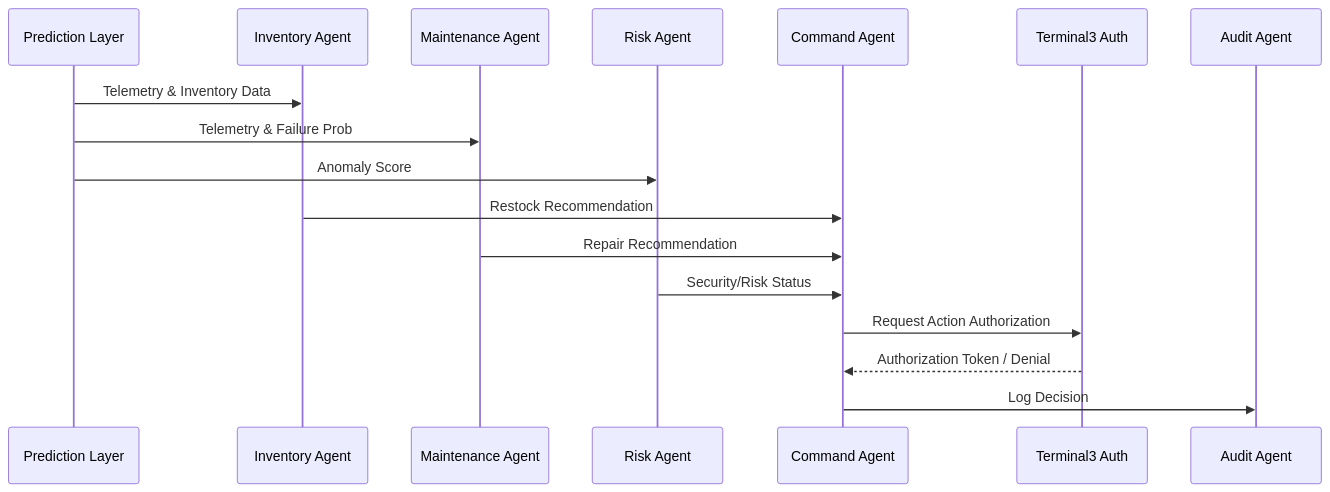
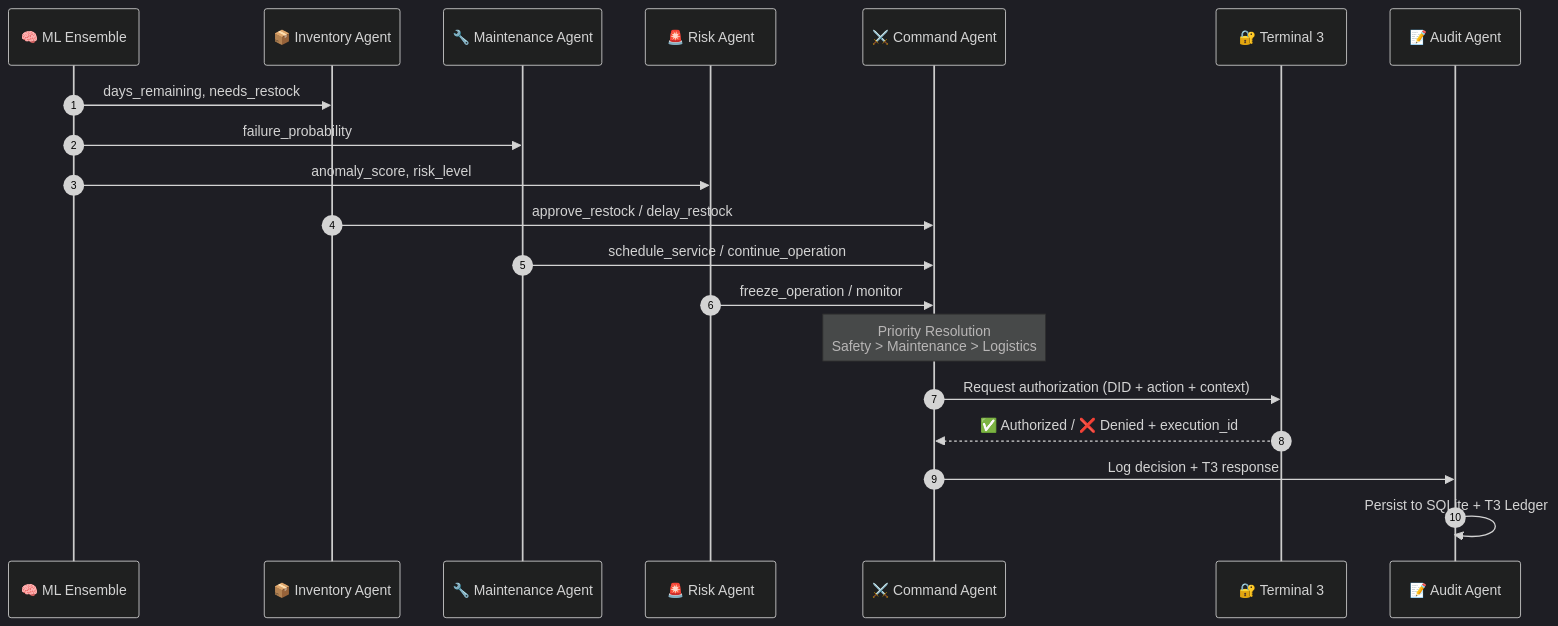
One commit to v3nom-95/astra-x changed the second of 3 diagrams in README.md. Above: the diagram before and after it, drawn with Mermaid. The commit also changed other lines of this file and 1 other file, not shown here.

Commit message:
docs: advanced graphical README with mermaid diagrams, remove oversized banner

````diff
--- a/README.md
+++ b/README.md
@@ -45,20 +189,28 @@
 ```mermaid
+%%{init: {'theme': 'dark', 'themeVariables': {'primaryColor': '#1f6feb', 'primaryTextColor': '#c9d1d9', 'lineColor': '#58a6ff', 'fontSize': '13px'}}}%%
 sequenceDiagram
-    participant Predict as Prediction Layer
-    participant Inv as Inventory Agent
-    participant Maint as Maintenance Agent
-    participant Risk as Risk Agent
-    participant Cmd as Command Agent
-    participant T3 as Terminal3 Auth
-    participant Audit as Audit Agent
+    autonumber
+    participant ML as 🧠 ML Ensemble
+    participant INV as 📦 Inventory Agent
+    participant MNT as 🔧 Maintenance Agent
+    participant RSK as 🚨 Risk Agent
+    participant CMD as ⚔️ Command Agent
+    participant T3 as 🔐 Terminal 3
+    participant AUD as 📝 Audit Agent
 
-    Predict->>Inv: Telemetry & Inventory Data
-    Predict->>Maint: Telemetry & Failure Prob
-    Predict->>Risk: Anomaly Score
-    Inv->>Cmd: Restock Recommendation
-    Maint->>Cmd: Repair Recommendation
-    Risk->>Cmd: Security/Risk Status
-    Cmd->>T3: Request Action Authorization
-    T3-->>Cmd: Authorization Token / Denial
-    Cmd->>Audit: Log Decision
+    ML->>INV: days_remaining, needs_restock
+    ML->>MNT: failure_probability
+    ML->>RSK: anomaly_score, risk_level
+
+    INV->>CMD: approve_restock / delay_restock
+    MNT->>CMD: schedule_service / continue_operation
+    RSK->>CMD: freeze_operation / monitor
+
+    Note over CMD: Priority Resolution<br/>Safety > Maintenance > Logistics
+
+    CMD->>T3: Request authorization (DID + action + context)
+    T3-->>CMD: ✅ Authorized / ❌ Denied + execution_id
+
+    CMD->>AUD: Log decision + T3 response
+    AUD->>AUD: Persist to SQLite + T3 Ledger
 ```
````
